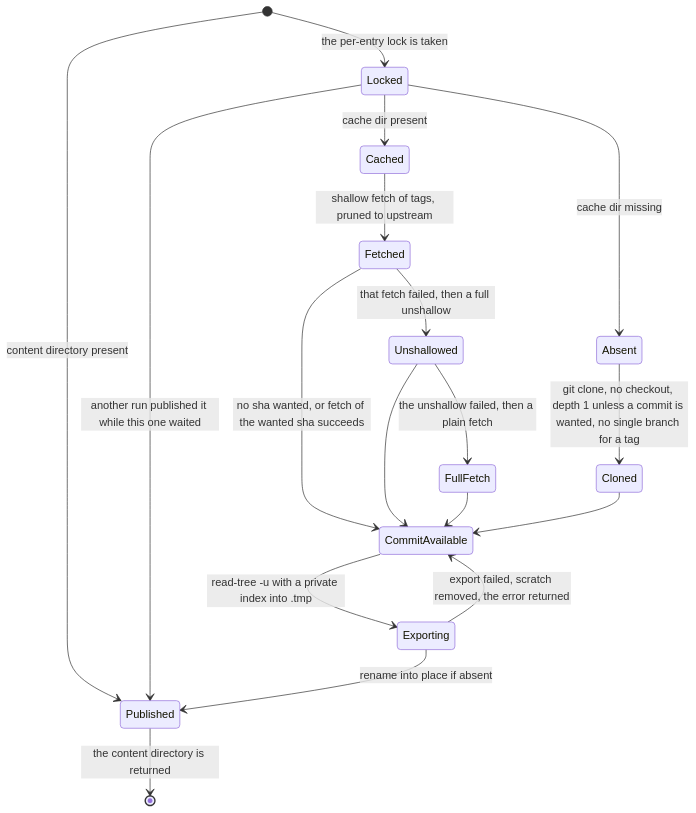
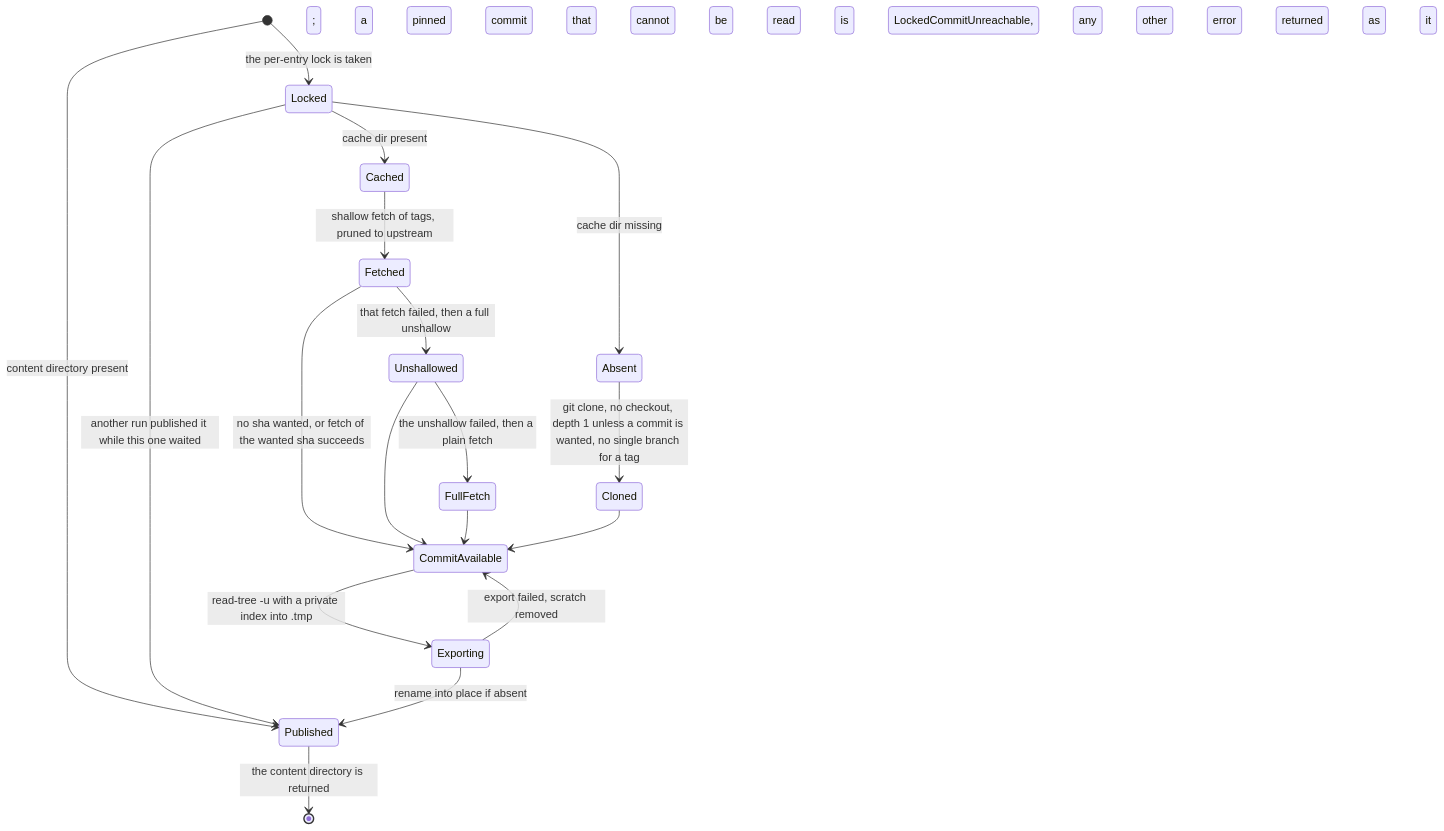
Before and after one commit to haowjy/mars-agents: the first of 2 diagrams in src/source/.context/state-machines.md, drawn with Mermaid. The commit also changed other lines of this file and 3 other files, not shown here.

````diff
--- a/src/source/.context/state-machines.md
+++ b/src/source/.context/state-machines.md
@@ -19,20 +19,20 @@
 ```mermaid
 stateDiagram-v2
   [*] --> Published: content directory present
   [*] --> Locked: the per-entry lock is taken
   Locked --> Published: another run published it while this one waited
   Locked --> Absent: cache dir missing
   Locked --> Cached: cache dir present
   Absent --> Cloned: git clone, no checkout, depth 1 unless a commit is wanted, no single branch for a tag
   Cached --> Fetched: shallow fetch of tags, pruned to upstream
   Fetched --> CommitAvailable: no sha wanted, or fetch of the wanted sha succeeds
   Fetched --> Unshallowed: that fetch failed, then a full unshallow
   Unshallowed --> CommitAvailable
   Unshallowed --> FullFetch: the unshallow failed, then a plain fetch
   FullFetch --> CommitAvailable
   Cloned --> CommitAvailable
   CommitAvailable --> Exporting: read-tree -u with a private index into <key>.tmp
   Exporting --> Published: rename into place if absent
-  Exporting --> CommitAvailable: export failed, scratch removed, the error returned
+  Exporting --> CommitAvailable: export failed, scratch removed; a pinned commit that cannot be read is LockedCommitUnreachable, any other error is returned as it is
   Published --> [*]: the content directory is returned
 ```
````
